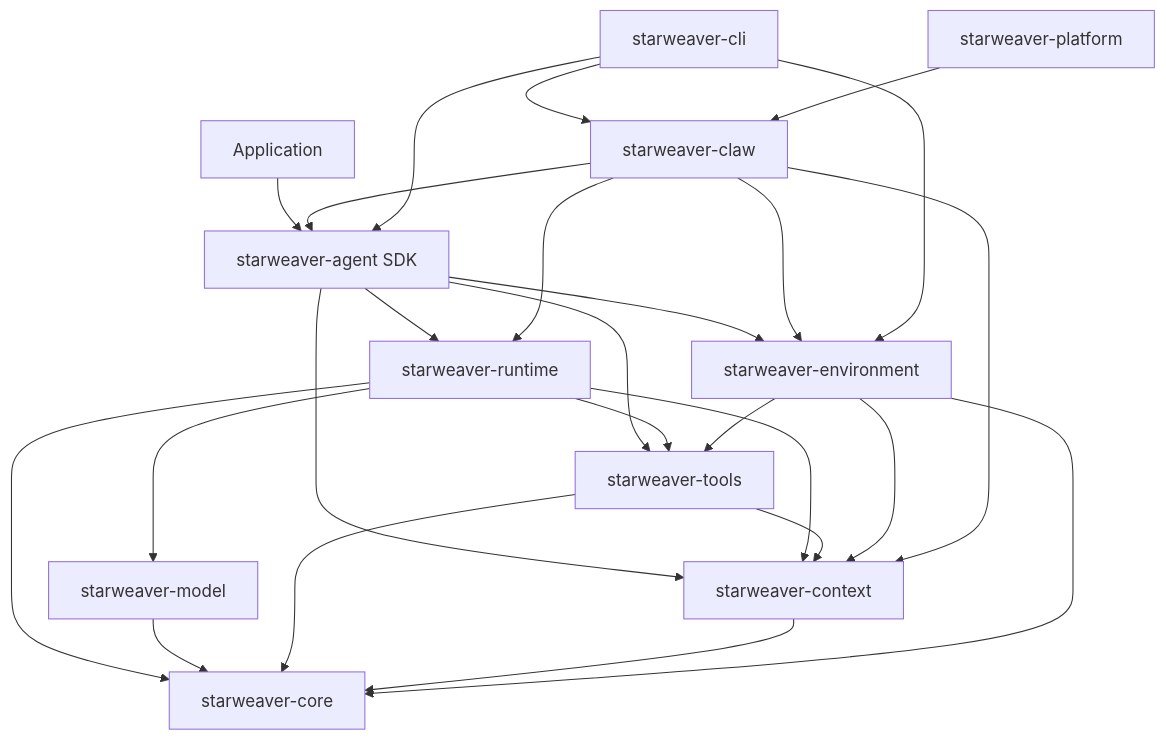
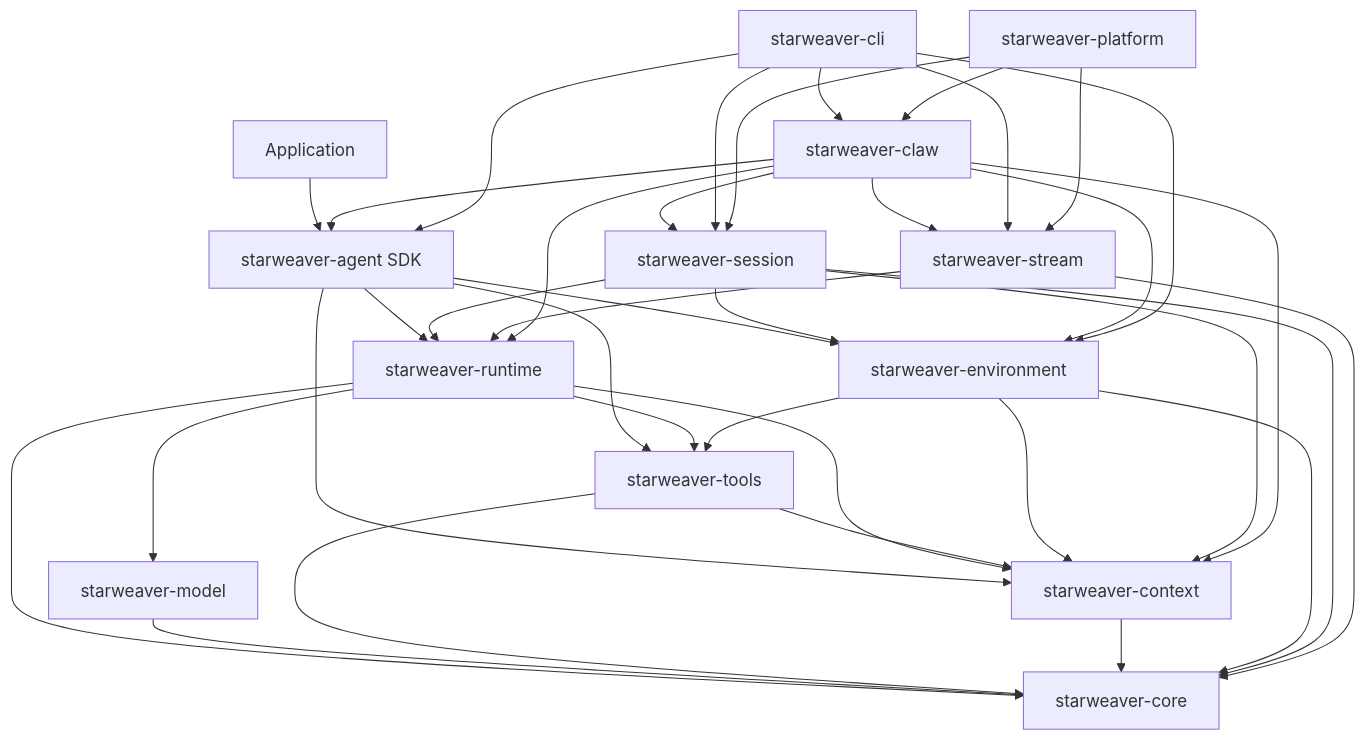
Before and after one commit to Wh1isper/starweaver: the diagram in spec/README.md, drawn with Mermaid. The commit also changed other lines of this file and 45 other files, not shown here.

First line of the commit message:
feat: add shared session and stream crates

````diff
--- a/spec/README.md
+++ b/spec/README.md
@@ -37,39 +38,53 @@
 ```mermaid
 flowchart TD
     app[Application]
     sdk[starweaver-agent SDK]
     runtime[starweaver-runtime]
     model[starweaver-model]
     tools[starweaver-tools]
     context[starweaver-context]
     core[starweaver-core]
     env[starweaver-environment]
+    session[starweaver-session]
+    stream[starweaver-stream]
     claw[starweaver-claw]
     cli[starweaver-cli]
     platform[starweaver-platform]
 
     app --> sdk
     sdk --> runtime
     sdk --> tools
     sdk --> context
     sdk --> env
     runtime --> model
     runtime --> tools
     runtime --> context
     runtime --> core
     model --> core
     tools --> core
     tools --> context
     context --> core
     env --> core
     env --> context
     env --> tools
+    session --> core
+    session --> runtime
+    session --> context
+    session --> env
+    stream --> core
+    stream --> runtime
+    claw --> session
+    claw --> stream
     claw --> sdk
     claw --> runtime
     claw --> context
     claw --> env
+    cli --> session
+    cli --> stream
     cli --> sdk
     cli --> env
     cli --> claw
+    platform --> stream
+    platform --> session
     platform --> claw
 ```
````
